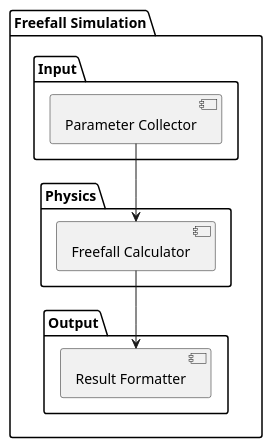
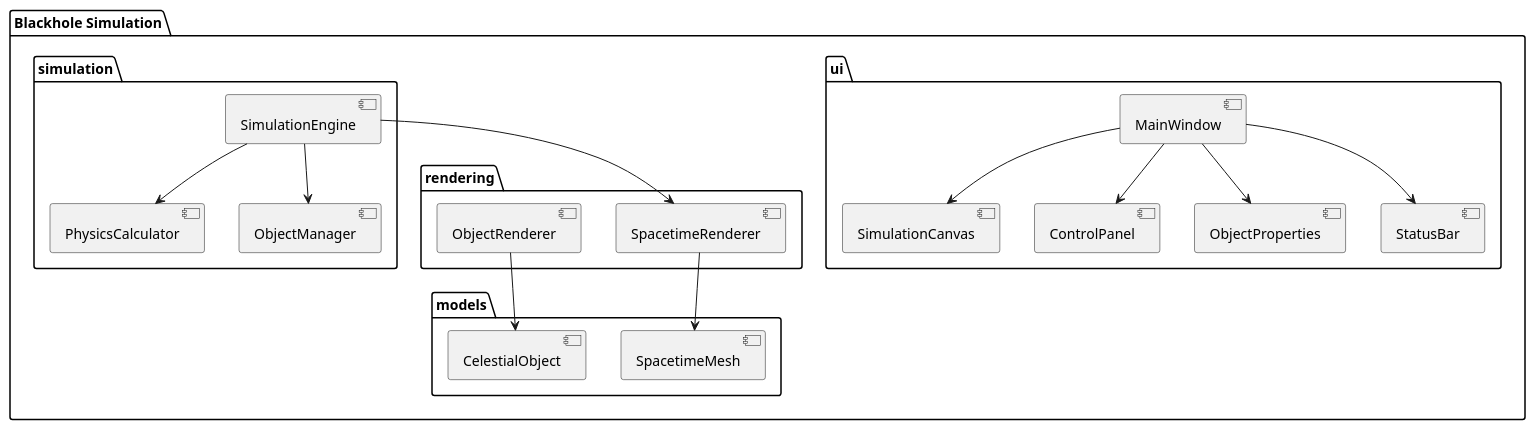
One commit to Mandelbroetchen/iterative-synthesis-loop changed the second of 3 diagrams in example/prompt-raw/.embeded-prompt.md. Above: the diagram before and after it, drawn with PlantUML. The commit also changed other lines of this file and 48 other files, not shown here.

```diff
--- a/example/prompt-raw/.embeded-prompt.md
+++ b/example/prompt-raw/.embeded-prompt.md
@@ -173,20 +233,41 @@
 @startuml package-diagram
 
-package "Freefall Simulation" {
-  package "Input" {
-    [Parameter Collector]
+package "Blackhole Simulation" {
+  package "ui" {
+    [MainWindow]
+    [SimulationCanvas]
+    [ControlPanel]
+    [ObjectProperties]
+    [StatusBar]
   }
 
-  package "Physics" {
-    [Freefall Calculator]
+  package "simulation" {
+    [SimulationEngine]
+    [PhysicsCalculator]
+    [ObjectManager]
   }
 
-  package "Output" {
-    [Result Formatter]
+  package "rendering" {
+    [SpacetimeRenderer]
+    [ObjectRenderer]
+  }
+
+  package "models" {
+    [CelestialObject]
+    [SpacetimeMesh]
   }
 }
 
-[Parameter Collector] --> [Freefall Calculator]
-[Freefall Calculator] --> [Result Formatter]
+[MainWindow] --> [SimulationCanvas]
+[MainWindow] --> [ControlPanel]
+[MainWindow] --> [ObjectProperties]
+[MainWindow] --> [StatusBar]
+
+[SimulationEngine] --> [PhysicsCalculator]
+[SimulationEngine] --> [ObjectManager]
+[SimulationEngine] --> [SpacetimeRenderer]
+
+[SpacetimeRenderer] --> [SpacetimeMesh]
+[ObjectRenderer] --> [CelestialObject]
 
 @enduml
```
